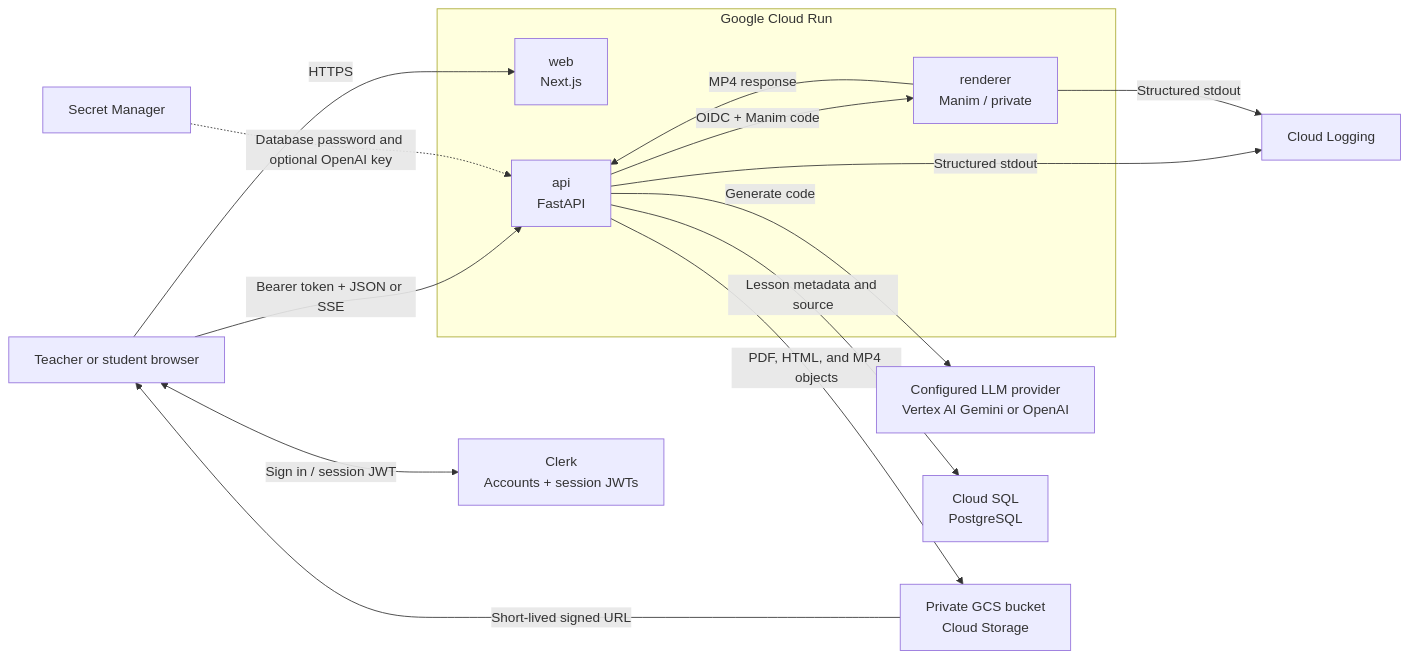
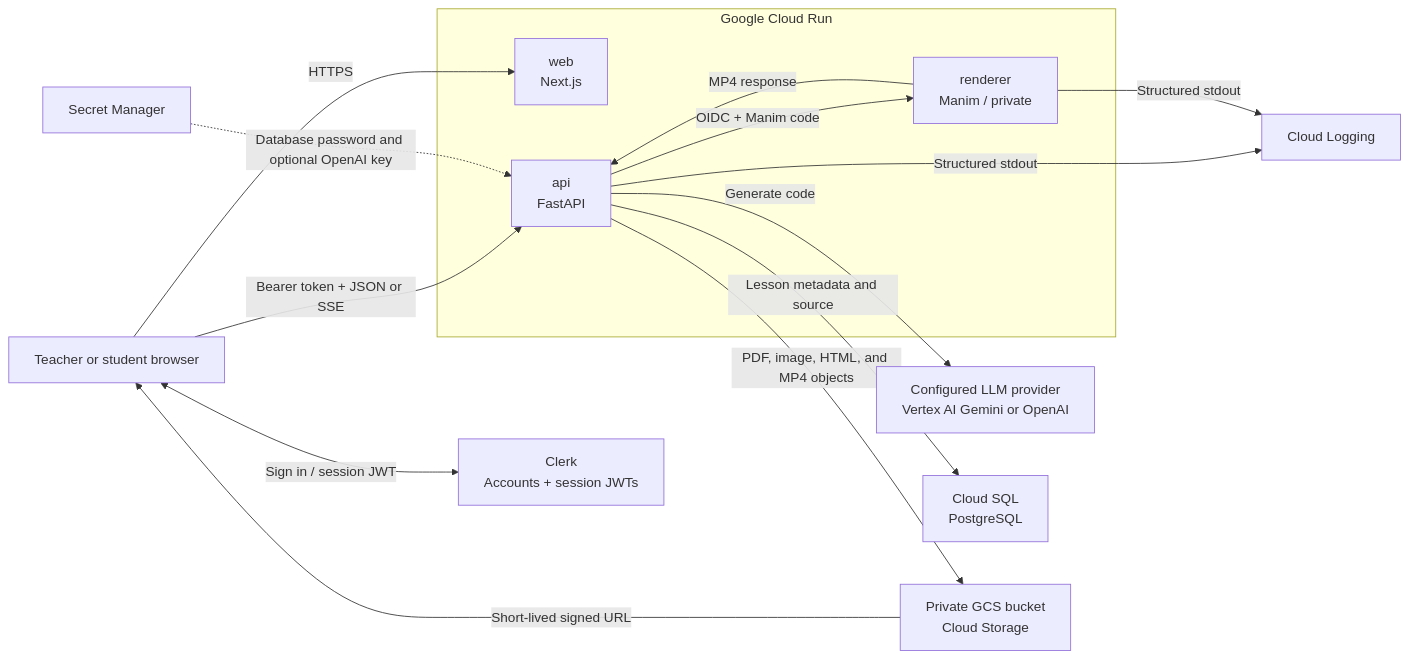
The diagram in README.md (avarzhou-ctrl/Chalksmith.ai), drawn with Mermaid before and after one commit. The commit also changed other lines of this file and 14 other files, not shown here.

````diff
--- a/README.md
+++ b/README.md
@@ -101,31 +101,31 @@
 ```mermaid
 flowchart LR
     Browser["Teacher or student browser"]
     Clerk["Clerk<br/>Accounts + session JWTs"]
     LLM["Configured LLM provider<br/>Vertex AI Gemini or OpenAI"]
 
     subgraph CloudRun["Google Cloud Run"]
         Web["web<br/>Next.js"]
         API["api<br/>FastAPI"]
         Renderer["renderer<br/>Manim / private"]
     end
 
     SQL["Cloud SQL<br/>PostgreSQL"]
     GCS["Private GCS bucket<br/>Cloud Storage"]
     Secrets["Secret Manager"]
     Logs["Cloud Logging"]
 
     Browser -->|"HTTPS"| Web
     Browser <-->|"Sign in / session JWT"| Clerk
     Browser -->|"Bearer token + JSON or SSE"| API
     API -->|"Generate code"| LLM
     API -->|"Lesson metadata and source"| SQL
-    API -->|"PDF, HTML, and MP4 objects"| GCS
+    API -->|"PDF, image, HTML, and MP4 objects"| GCS
     API -->|"OIDC + Manim code"| Renderer
     Renderer -->|"MP4 response"| API
     Secrets -.->|"Database password and optional OpenAI key"| API
     API -->|"Structured stdout"| Logs
     Renderer -->|"Structured stdout"| Logs
     GCS -->|"Short-lived signed URL"| Browser
 
 ```
````
